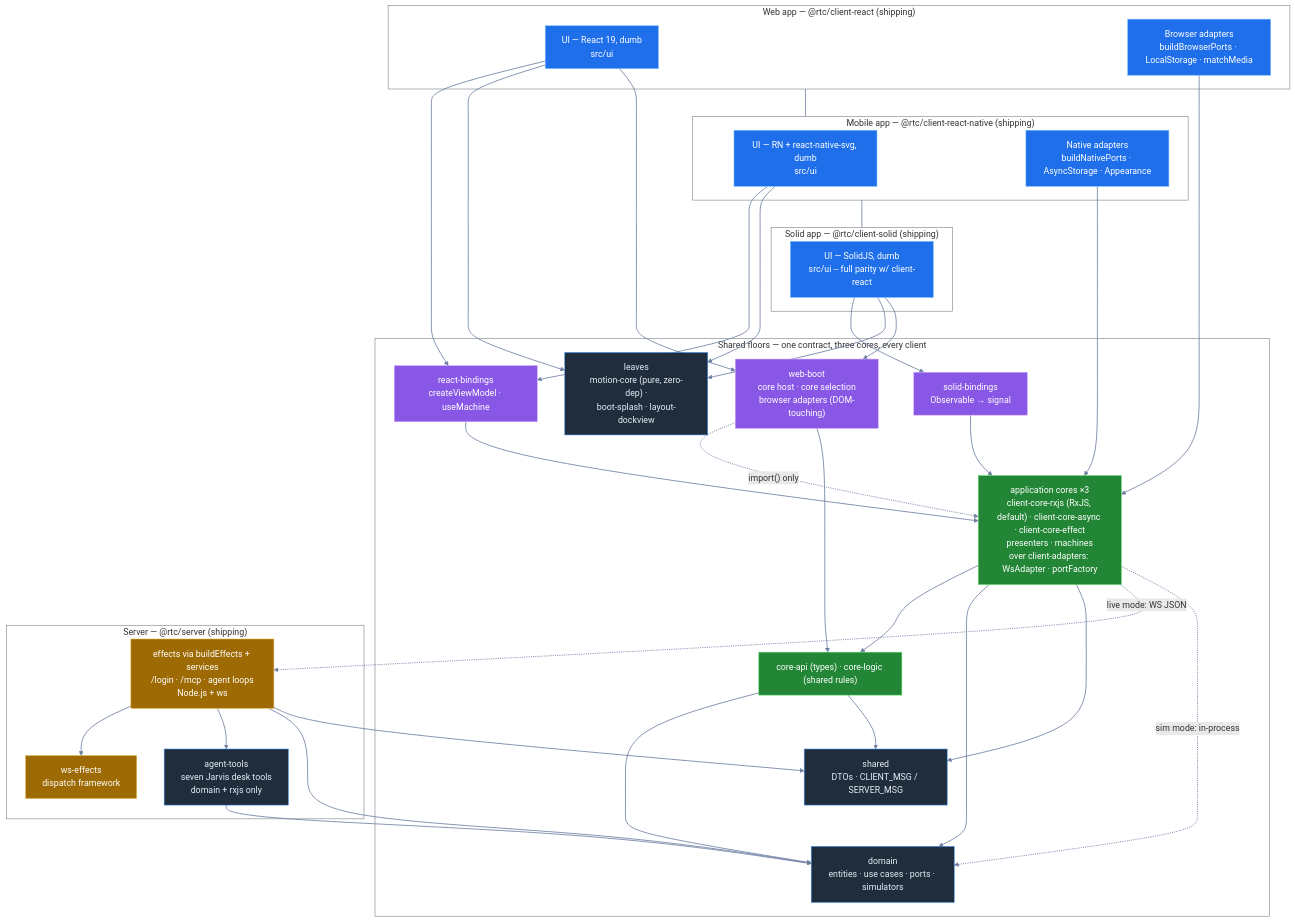
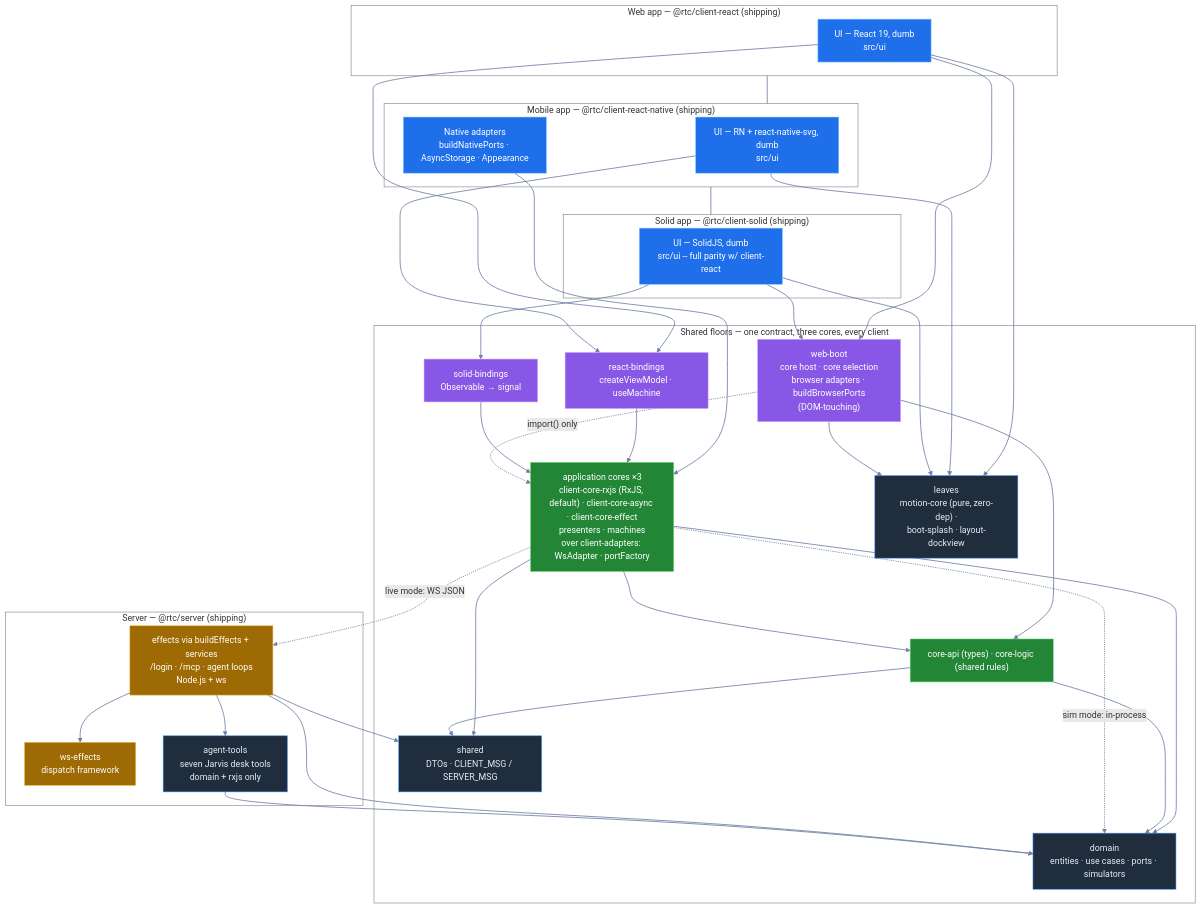
One commit to bettersoftware-io/ReactiveTraderCloudClone changed the diagram in docs/architecture/13-codebase-map.md. Above: the diagram before and after it, drawn with Mermaid. The commit also changed other lines of this file and 38 other files, not shown here.

First line of the commit message:
docs: buildBrowserPorts and the devtools hub factory live in @rtc/web-boot

````diff
--- a/docs/architecture/13-codebase-map.md
+++ b/docs/architecture/13-codebase-map.md
@@ -11,76 +11,75 @@
 ```mermaid
 flowchart TB
     subgraph WebApp["Web app — @rtc/client-react (shipping)"]
         webUi["UI — React 19, dumb<br/>src/ui"]:::ui
-        webAdapt["Browser adapters<br/>buildBrowserPorts · LocalStorage · matchMedia"]:::ui
     end
 
     subgraph MobileApp["Mobile app — @rtc/client-react-native (shipping)"]
         rnUi["UI — RN + react-native-svg, dumb<br/>src/ui"]:::ui
         rnAdapt["Native adapters<br/>buildNativePorts · AsyncStorage · Appearance"]:::ui
     end
 
     subgraph SolidApp["Solid app — @rtc/client-solid (shipping)"]
         solidUi["UI — SolidJS, dumb<br/>src/ui -- full parity w/ client-react"]:::ui
     end
 
     subgraph SharedFloors["Shared floors — one contract, three cores, every client"]
         rb["react-bindings<br/>createViewModel · useMachine"]:::bridge
         sb["solid-bindings<br/>Observable → signal"]:::bridge
-        wb["web-boot<br/>core host · core selection<br/>browser adapters (DOM-touching)"]:::bridge
+        wb["web-boot<br/>core host · core selection<br/>browser adapters · buildBrowserPorts<br/>(DOM-touching)"]:::bridge
         core["application cores ×3<br/>client-core-rxjs (RxJS, default) · client-core-async · client-core-effect<br/>presenters · machines<br/>over client-adapters: WsAdapter · portFactory"]:::core
         api["core-api (types) · core-logic (shared rules)"]:::core
         domain["domain<br/>entities · use cases · ports · simulators"]:::domain
         shared["shared<br/>DTOs · CLIENT_MSG / SERVER_MSG"]:::domain
         motion["leaves<br/>motion-core (pure, zero-dep) ·<br/>boot-splash · layout-dockview"]:::domain
     end
 
     subgraph Server["Server — @rtc/server (shipping)"]
         srv["effects via buildEffects + services<br/>/login · /mcp · agent loops<br/>Node.js + ws"]:::server
         wse["ws-effects<br/>dispatch framework"]:::server
         agt["agent-tools<br/>seven Jarvis desk tools<br/>domain + rxjs only"]:::domain
     end
 
     webUi --> rb
     webUi --> motion
     webUi --> wb
-    webAdapt --> core
     rnUi --> rb
     rnUi --> motion
     rnAdapt --> core
     solidUi --> sb
     solidUi --> motion
     solidUi --> wb
     rb --> core
     sb --> core
     wb -. "import() only" .-> core
     wb --> api
+    wb --> motion
     core --> api
     core --> domain
     core --> shared
     api --> domain
     api --> shared
     core -. "live mode: WS JSON" .-> srv
     core -. "sim mode: in-process" .-> domain
     srv --> wse
     srv --> agt
     srv --> domain
     srv --> shared
     agt --> domain
 
     %% stack the three app buildings vertically (edge-less subgraphs would tile side by side)
     WebApp ~~~ MobileApp
     MobileApp ~~~ SolidApp
 
     classDef ui fill:#1f6feb,stroke:#79c0ff,color:#ffffff
     classDef bridge fill:#8957e5,stroke:#d2a8ff,color:#ffffff
     classDef core fill:#238636,stroke:#56d364,color:#ffffff
     classDef server fill:#9e6a03,stroke:#e3b341,color:#ffffff
     classDef domain fill:#1f2d3d,stroke:#4493f8,color:#e6edf3
     style WebApp fill:transparent,stroke:#6e7681
     style MobileApp fill:transparent,stroke:#6e7681
     style SolidApp fill:transparent,stroke:#6e7681
     style SharedFloors fill:transparent,stroke:#6e7681
     style Server fill:transparent,stroke:#6e7681
     linkStyle default stroke:#6e7fa3,stroke-width:1.5px
 ```
````
